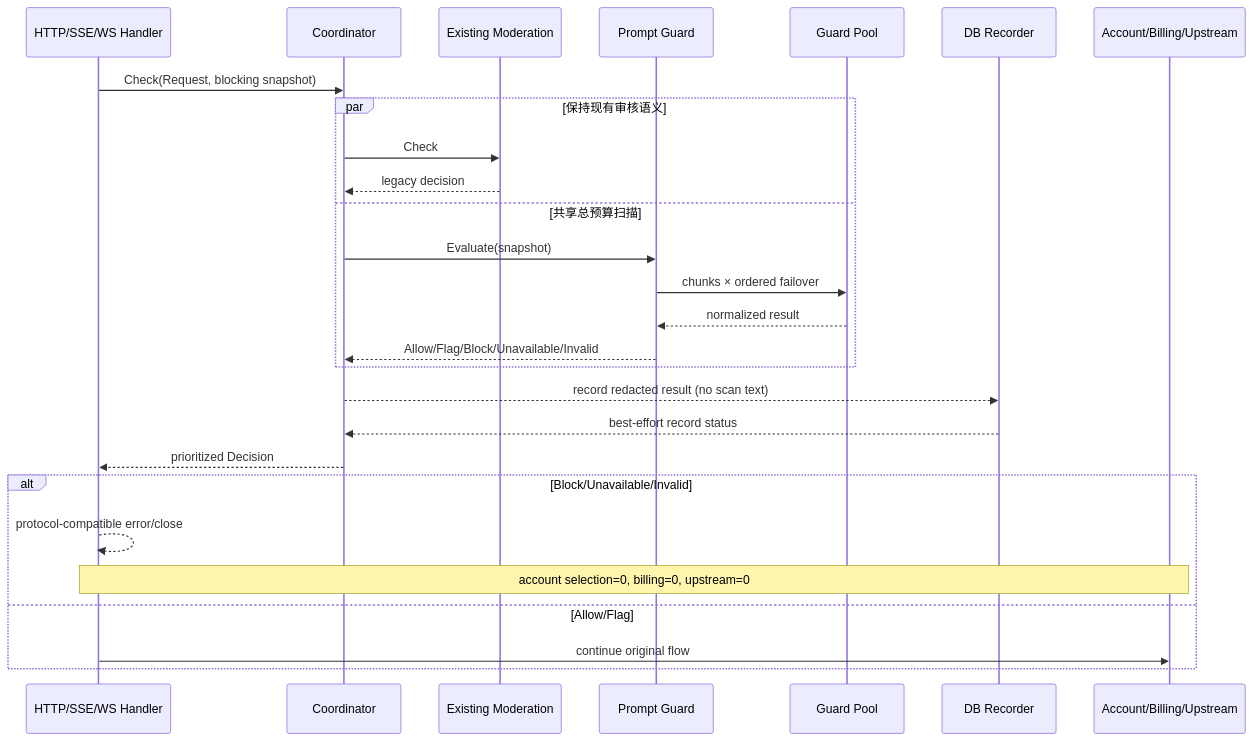
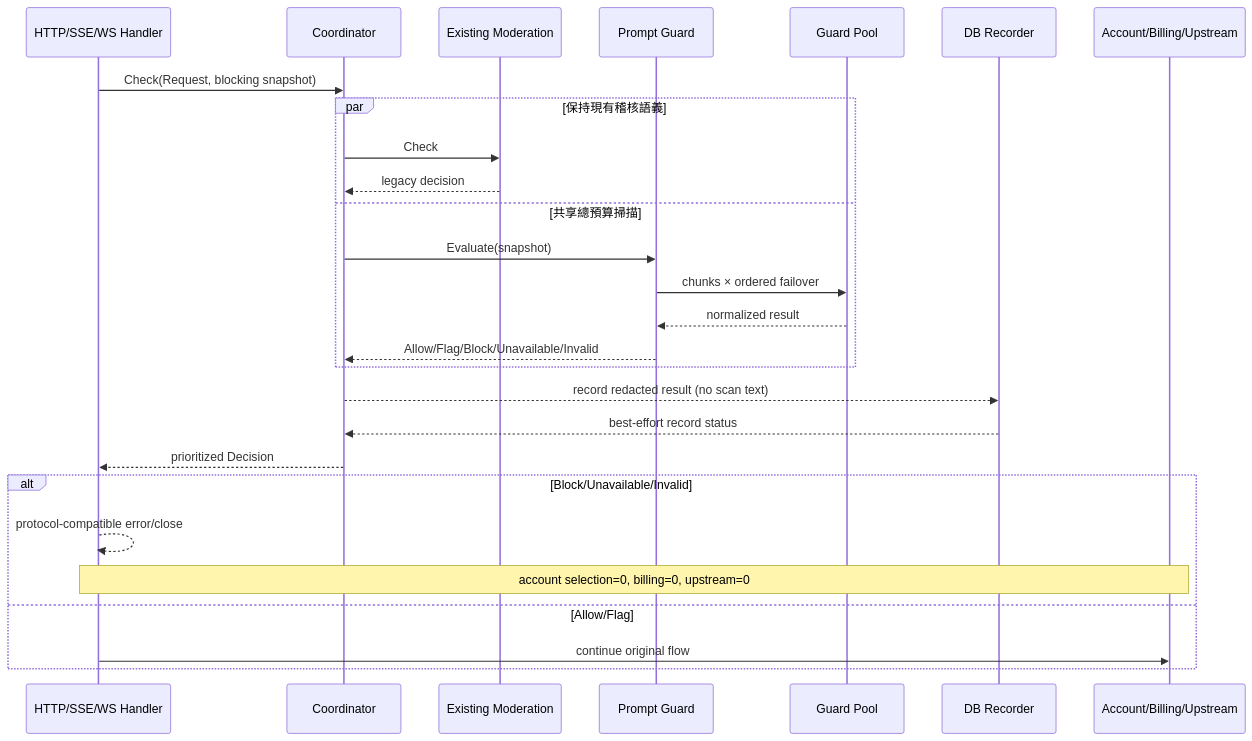
One commit to yelban/sub2api.TW changed the third of 4 diagrams in openspec/changes/add-openai-compatible-prompt-audit/implementation-guide.md. Above: the diagram before and after it, drawn with Mermaid. The commit also changed other lines of this file and 49 other files, not shown here.

````diff
--- a/openspec/changes/add-openai-compatible-prompt-audit/implementation-guide.md
+++ b/openspec/changes/add-openai-compatible-prompt-audit/implementation-guide.md
@@ -274,30 +274,30 @@
 ```mermaid
 sequenceDiagram
     participant H as HTTP/SSE/WS Handler
     participant C as Coordinator
     participant M as Existing Moderation
     participant P as Prompt Guard
     participant G as Guard Pool
     participant D as DB Recorder
     participant A as Account/Billing/Upstream
 
     H->>C: Check(Request, blocking snapshot)
-    par 保持现有审核语义
+    par 保持現有稽核語義
         C->>M: Check
         M-->>C: legacy decision
-    and 共享总预算扫描
+    and 共享總預算掃描
         C->>P: Evaluate(snapshot)
         P->>G: chunks × ordered failover
         G-->>P: normalized result
         P-->>C: Allow/Flag/Block/Unavailable/Invalid
     end
     C-->>D: record redacted result (no scan text)
     D-->>C: best-effort record status
     C-->>H: prioritized Decision
     alt Block/Unavailable/Invalid
         H-->>H: protocol-compatible error/close
         Note over H,A: account selection=0, billing=0, upstream=0
     else Allow/Flag
         H->>A: continue original flow
     end
 ```
````
